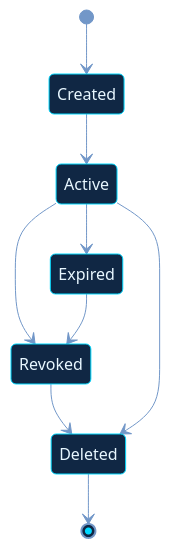
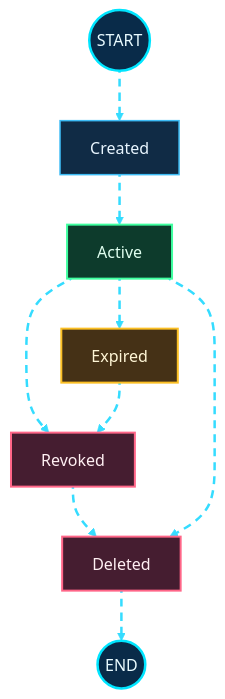
The tenth of 23 diagrams in README.md (shajeduzzamanenan992008inc/NexOra-Database-key-Gen), drawn with Mermaid before and after one commit. The commit also changed other lines of this file and 484 other files, not shown here.

````diff
--- a/README.md
+++ b/README.md
@@ -965,12 +1057,42 @@
 ```mermaid
+
 %%{init: {"theme":"base","themeVariables":{"darkMode":true,"background":"#07111f","primaryColor":"#102744","primaryTextColor":"#e8f7ff","primaryBorderColor":"#00d9ff","lineColor":"#7297c8","secondaryColor":"#261d45","secondaryTextColor":"#f3eaff","secondaryBorderColor":"#a78bfa","tertiaryColor":"#12332b","tertiaryTextColor":"#e0fff1","tertiaryBorderColor":"#41e6a2","fontFamily":"Inter, Segoe UI, sans-serif","edgeLabelBackground":"#101d34","mainBkg":"#102744","nodeBorder":"#00d9ff","clusterBkg":"#0b1930","clusterBorder":"#6f7dff","actorBkg":"#102744","actorBorder":"#00d9ff","actorTextColor":"#e8f7ff","signalColor":"#64d8ff","signalTextColor":"#e8f7ff","noteBkgColor":"#0e332b","noteBorderColor":"#41e6a2","noteTextColor":"#e0fff1"}}}%%
-stateDiagram-v2
-    [*] --> Created
-    Created --> Active
-    Active --> Expired
-    Active --> Revoked
-    Expired --> Revoked
-    Revoked --> Deleted
-    Active --> Deleted
-    Deleted --> [*]
+flowchart TD
+    S(("START")) nx10e01@--> CREATED["Created"]
+
+    CREATED nx10e02@--> ACTIVE["Active"]
+
+    ACTIVE nx10e03@--> EXPIRED["Expired"]
+    ACTIVE nx10e04@--> REVOKED["Revoked"]
+
+    EXPIRED nx10e05@--> REVOKED
+
+    REVOKED nx10e06@--> DELETED["Deleted"]
+    ACTIVE nx10e07@--> DELETED
+
+    DELETED nx10e08@--> FINISH(("END"))
+
+    %% OMEGA NEX-ORA / ULTRA NEON PALETTE
+    classDef nxCore fill:#092b49,stroke:#00e5ff,stroke-width:2.5px,color:#e9fbff;
+    classDef nxProcess fill:#102b45,stroke:#3dbcf5,stroke-width:1.5px,color:#e9f6ff;
+    classDef nxDecision fill:#2b2050,stroke:#b38cff,stroke-width:2px,color:#f3edff;
+    classDef nxSuccess fill:#0d3b2c,stroke:#3fffa0,stroke-width:2px,color:#e0fff0;
+    classDef nxDanger fill:#451d30,stroke:#ff6688,stroke-width:2px,color:#fff0f3;
+    classDef nxData fill:#12352d,stroke:#63e6be,stroke-width:2px,color:#e1fff5;
+    classDef nxExternal fill:#2b2149,stroke:#c4a5ff,stroke-width:2px,color:#f3ecff;
+    classDef nxWarning fill:#453116,stroke:#fbbf24,stroke-width:2px,color:#fff6d6;
+
+    %% Continuous moving neon animation
+    classDef nxAnimated stroke:#35dcff,stroke-width:2.5px,stroke-dasharray:8\,6,stroke-dashoffset:1000,animation:dash 18s linear infinite;
+
+    %% Lifecycle node styling
+    class S,FINISH nxCore;
+    class CREATED nxProcess;
+    class ACTIVE nxSuccess;
+    class EXPIRED nxWarning;
+    class REVOKED,DELETED nxDanger;
+
+    %% ALL 8 CONNECTIONS ANIMATED
+    class nx10e01,nx10e02,nx10e03,nx10e04,nx10e05,nx10e06,nx10e07,nx10e08 nxAnimated;
+
 ```
````
